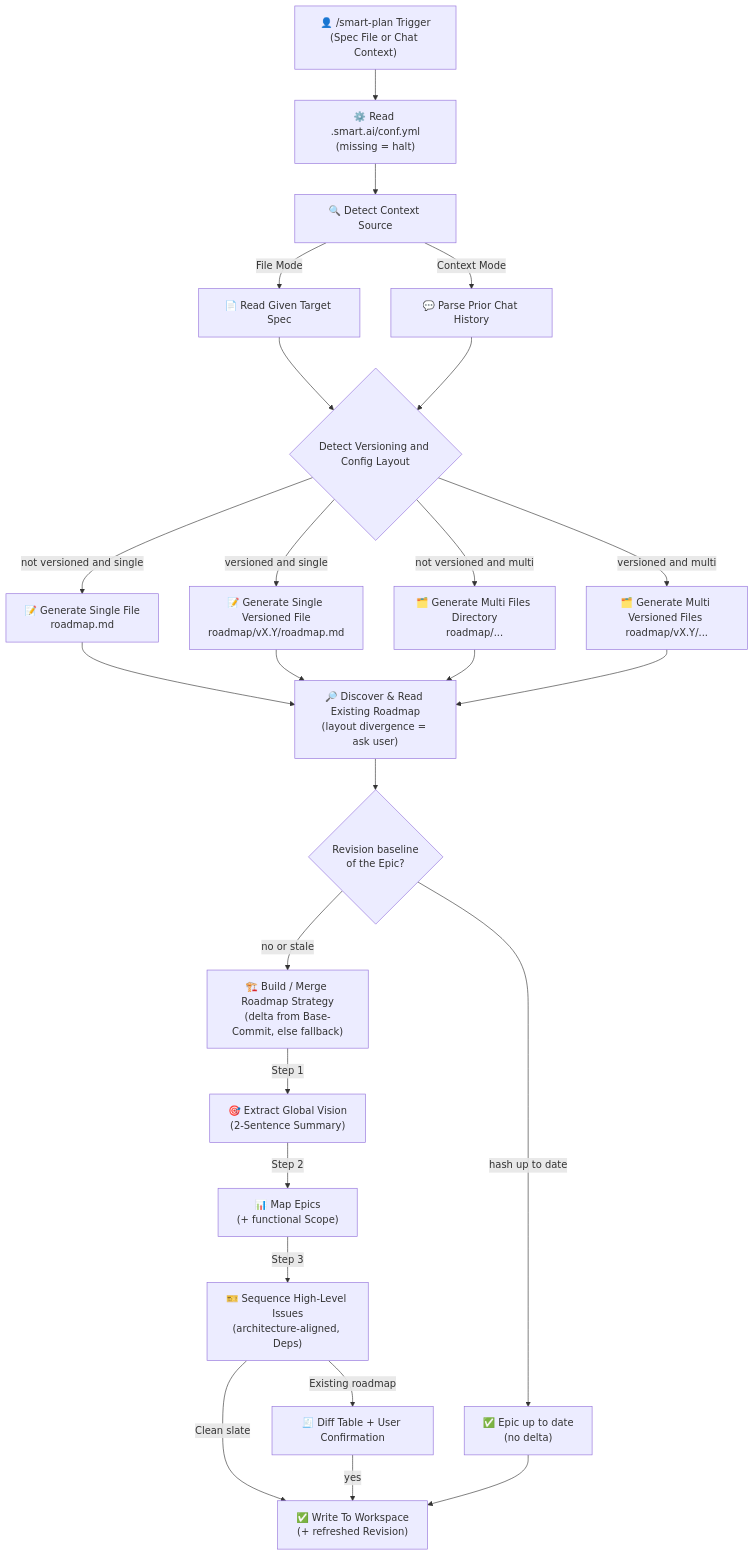
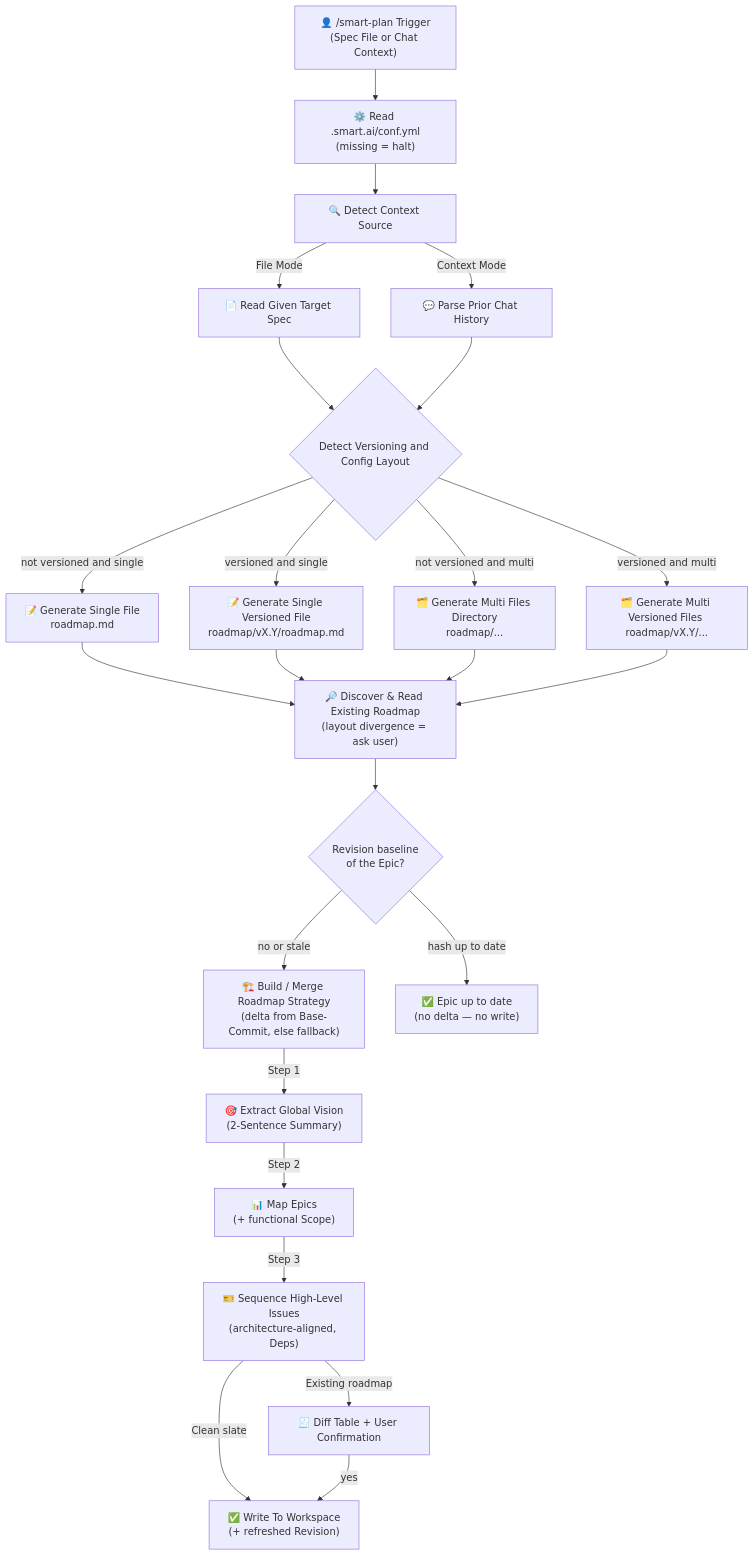
The first of 3 diagrams in docs/specs/smart-plan.md (fletort/smart-ai-factory), drawn with Mermaid before and after one commit. The commit also changed other lines of this file and 2 other files, not shown here.

````diff
--- a/docs/specs/smart-plan.md
+++ b/docs/specs/smart-plan.md
@@ -51,35 +51,34 @@
   ```mermaid
   graph TD
       Input["👤 /smart-plan Trigger<br/>(Spec File or Chat Context)"] --> Config["⚙️ Read .smart.ai/conf.yml<br/>(missing = halt)"]
       Config --> Source["🔍 Detect Context Source"]
 
       Source -->|File Mode| ReadFile["📄 Read Given Target Spec"]
       Source -->|Context Mode| ReadChat["💬 Parse Prior Chat History"]
 
       ReadFile --> Strategy{"Detect Versioning and Config Layout"}
       ReadChat --> Strategy
 
       Strategy -->|not versioned and single| Single["📝 Generate Single File<br/>roadmap.md"]
       Strategy -->|versioned and single| SingleVer["📝 Generate Single Versioned File<br/>roadmap/vX.Y/roadmap.md"]
       Strategy -->|not versioned and multi| Multi["🗂️ Generate Multi Files Directory<br/>roadmap/..."]
       Strategy -->|versioned and multi| MultiVer["🗂️ Generate Multi Versioned Files <br/>roadmap/vX.Y/..."]
 
       Single --> Discover["🔎 Discover & Read Existing Roadmap<br/>(layout divergence = ask user)"]
       SingleVer --> Discover
       Multi --> Discover
       MultiVer --> Discover
 
       Discover --> Rev{"Revision baseline<br/>of the Epic?"}
 
       Rev -->|no or stale| Process["🏗️ Build / Merge Roadmap Strategy<br/>(delta from Base-Commit, else fallback)"]
-      Rev -->|"hash up to date"| UTD["✅ Epic up to date<br/>(no delta)"]
+      Rev -->|"hash up to date"| UTD["✅ Epic up to date<br/>(no delta — no write)"]
 
       Process -->|Step 1| Vision["🎯 Extract Global Vision<br/>(2-Sentence Summary)"]
       Vision -->|Step 2| Epics["📊 Map Epics<br/>(+ functional Scope)"]
       Epics -->|Step 3| Issues["🎫 Sequence High-Level Issues<br/>(architecture-aligned, Deps)"]
 
       Issues -->|Clean slate| Output["✅ Write To Workspace<br/>(+ refreshed Revision)"]
       Issues -->|Existing roadmap| Confirm["🧾 Diff Table + User Confirmation"]
       Confirm -->|yes| Output
-      UTD --> Output
   ```
````
